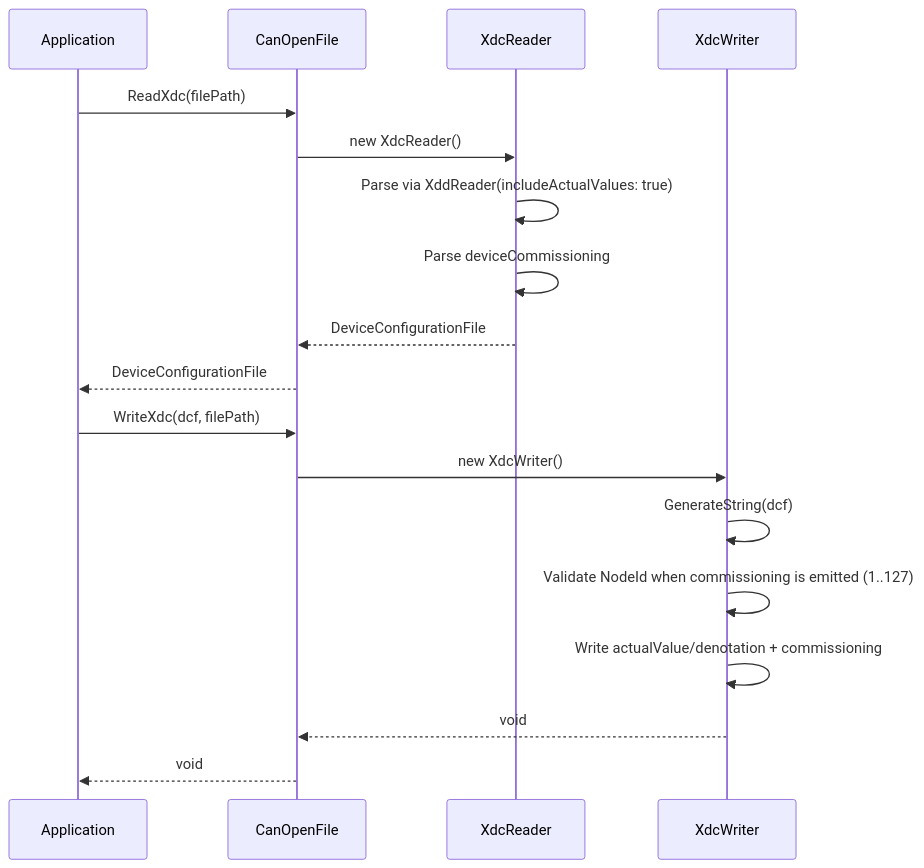
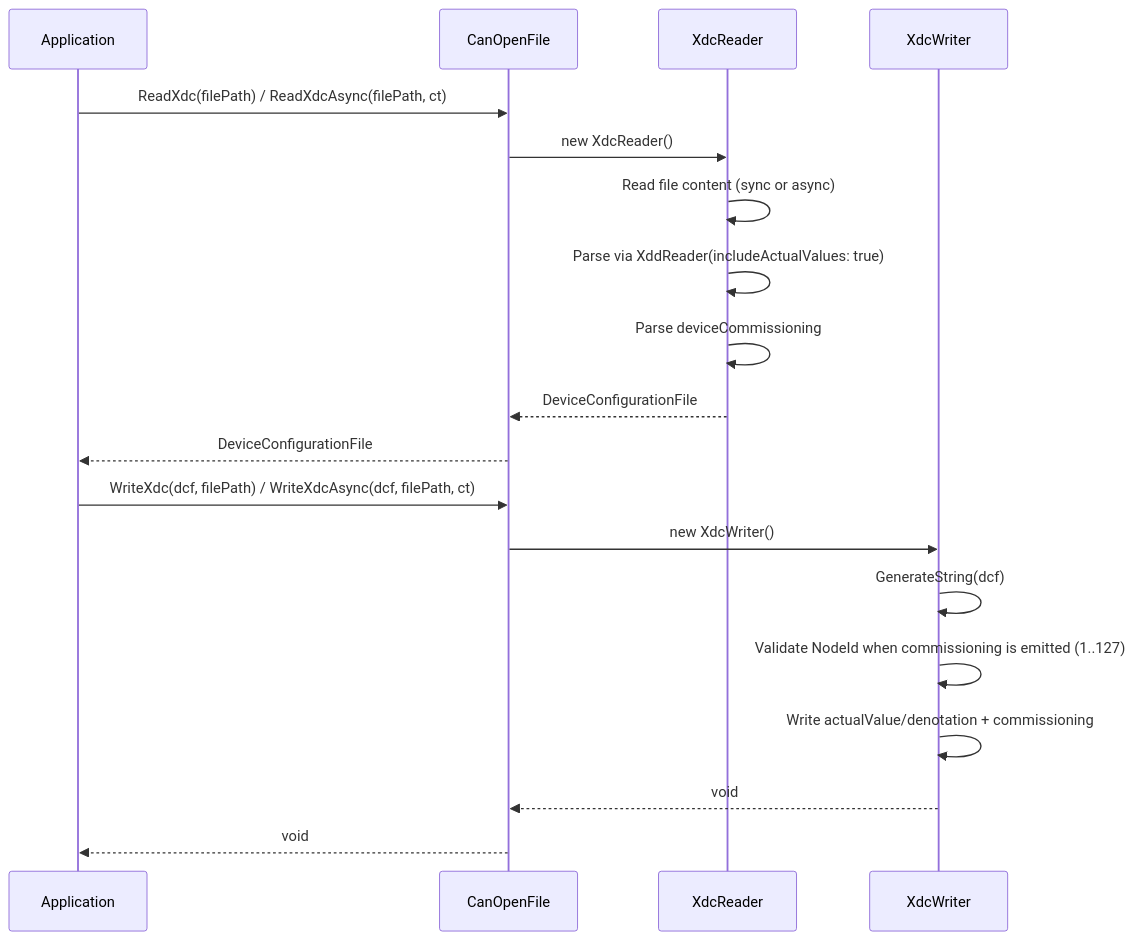
One commit to dborgards/eds-dcf-net changed the seventh of 8 diagrams in docs/architecture/06-runtime-view.md. Above: the diagram before and after it, drawn with Mermaid. The commit also changed other lines of this file and 27 other files, not shown here.

First line of the commit message:
feat(io): add async read/write APIs for CANopen files (#94)

````diff
--- a/docs/architecture/06-runtime-view.md
+++ b/docs/architecture/06-runtime-view.md
@@ -145,22 +150,23 @@
 ```mermaid
 sequenceDiagram
     participant App as Application
     participant CF as CanOpenFile
     participant XR as XdcReader
     participant XW as XdcWriter
 
-    App->>CF: ReadXdc(filePath)
+    App->>CF: ReadXdc(filePath) / ReadXdcAsync(filePath, ct)
     CF->>XR: new XdcReader()
+    XR->>XR: Read file content (sync or async)
     XR->>XR: Parse via XddReader(includeActualValues: true)
     XR->>XR: Parse deviceCommissioning
     XR-->>CF: DeviceConfigurationFile
     CF-->>App: DeviceConfigurationFile
 
-    App->>CF: WriteXdc(dcf, filePath)
+    App->>CF: WriteXdc(dcf, filePath) / WriteXdcAsync(dcf, filePath, ct)
     CF->>XW: new XdcWriter()
     XW->>XW: GenerateString(dcf)
     XW->>XW: Validate NodeId when commissioning is emitted (1..127)
     XW->>XW: Write actualValue/denotation + commissioning
     XW-->>CF: void
     CF-->>App: void
 ```
````
